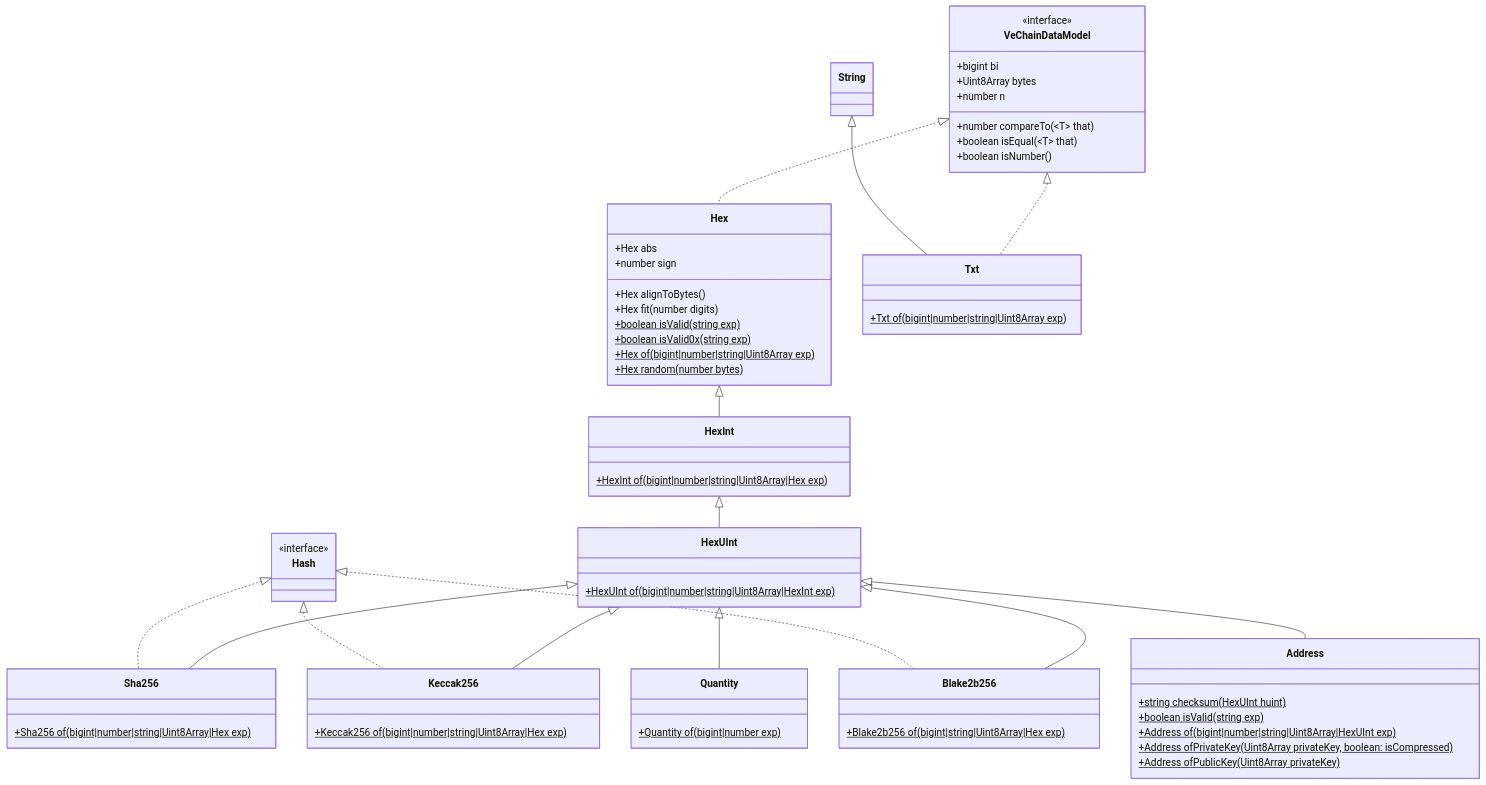
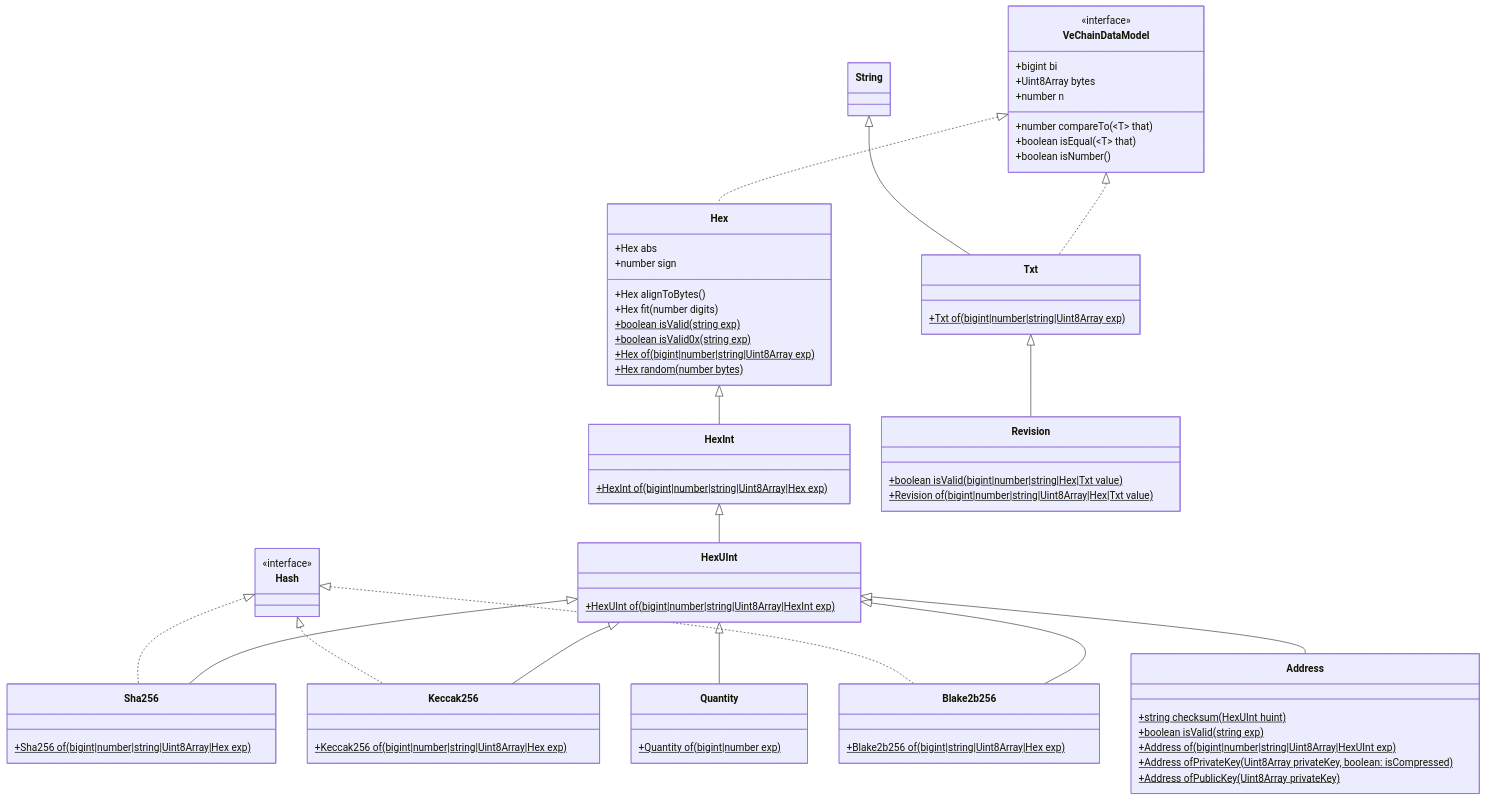
One commit to vechain/vechain-sdk-js changed the diagram in docs/diagrams/architecture/vcdm.md. Above: the diagram before and after it, drawn with Mermaid. The commit also changed 8 other files, not shown here.

Commit message:
feat: 1114 class Address.ts documented in examples and diagrams

````diff
--- a/docs/diagrams/architecture/vcdm.md
+++ b/docs/diagrams/architecture/vcdm.md
@@ -1,67 +1,72 @@
 ```mermaid
 classDiagram
     class Address {
         +string checksum(HexUInt huint)$
         +boolean isValid(string exp)$
         +Address of(bigint|number|string|Uint8Array|HexUInt exp)$
         +Address ofPrivateKey(Uint8Array privateKey, boolean: isCompressed)$
         +Address ofPublicKey(Uint8Array privateKey)$
     }
     class Blake2b256 {
         +Blake2b256 of(bigint|string|Uint8Array|Hex exp)$
     }
     class Hash {
         <<interface>>
     }
     class Hex {
         +Hex abs
         +number sign
         +Hex alignToBytes()
         +Hex fit(number digits)
         +boolean isValid(string exp)$
         +boolean isValid0x(string exp)$
         +Hex of(bigint|number|string|Uint8Array exp)$
         +Hex random(number bytes)$
     }
     class HexInt {
         +HexInt of(bigint|number|string|Uint8Array|Hex exp)$
     }
     class HexUInt {
         +HexUInt of(bigint|number|string|Uint8Array|HexInt exp)$
     }
     class Keccak256 {
         +Keccak256 of(bigint|number|string|Uint8Array|Hex exp)$
     }
     class Quantity {
         +Quantity of(bigint|number exp)$
     }
+    class Revision {
+        +boolean isValid(bigint|number|string|Hex|Txt value)$
+        +Revision of(bigint|number|string|Uint8Array|Hex|Txt value)$
+    }
     class Sha256 {
         +Sha256 of(bigint|number|string|Uint8Array|Hex exp)$
     }
     class String
     class Txt {
         +Txt of(bigint|number|string|Uint8Array exp)$
     }
     class VeChainDataModel{
         <<interface>>
       +bigint bi
       +Uint8Array bytes
       +number n
       +number compareTo(~T~ that)
       +boolean isEqual(~T~ that)
       +boolean isNumber()
     }
     Hash <|.. Blake2b256
     Hash <|.. Keccak256
     Hash <|.. Sha256
     Hex <|-- HexInt
     HexInt <|-- HexUInt
     HexUInt <|-- Address
     HexUInt <|-- Blake2b256
     HexUInt <|-- Keccak256
     HexUInt <|-- Quantity
     HexUInt <|-- Sha256
     String <|-- Txt
+    Txt <|-- Revision
     VeChainDataModel <|.. Hex
     VeChainDataModel <|.. Txt
 ```
````
